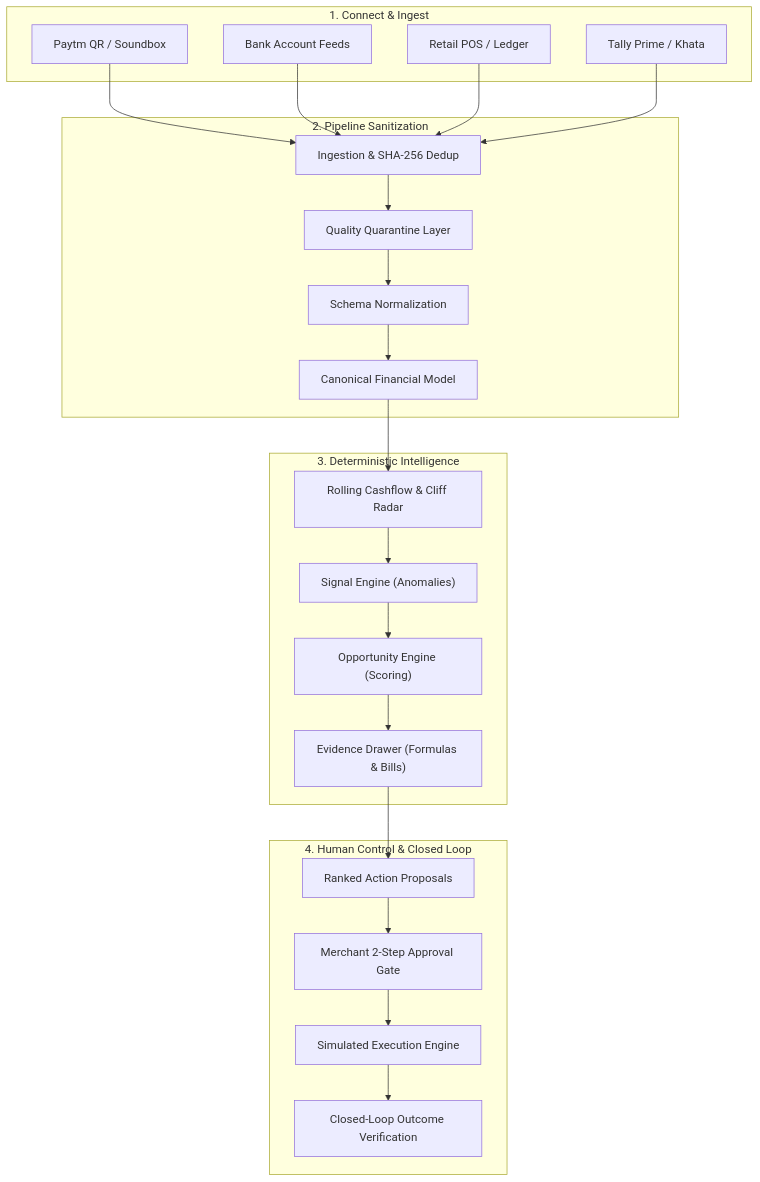
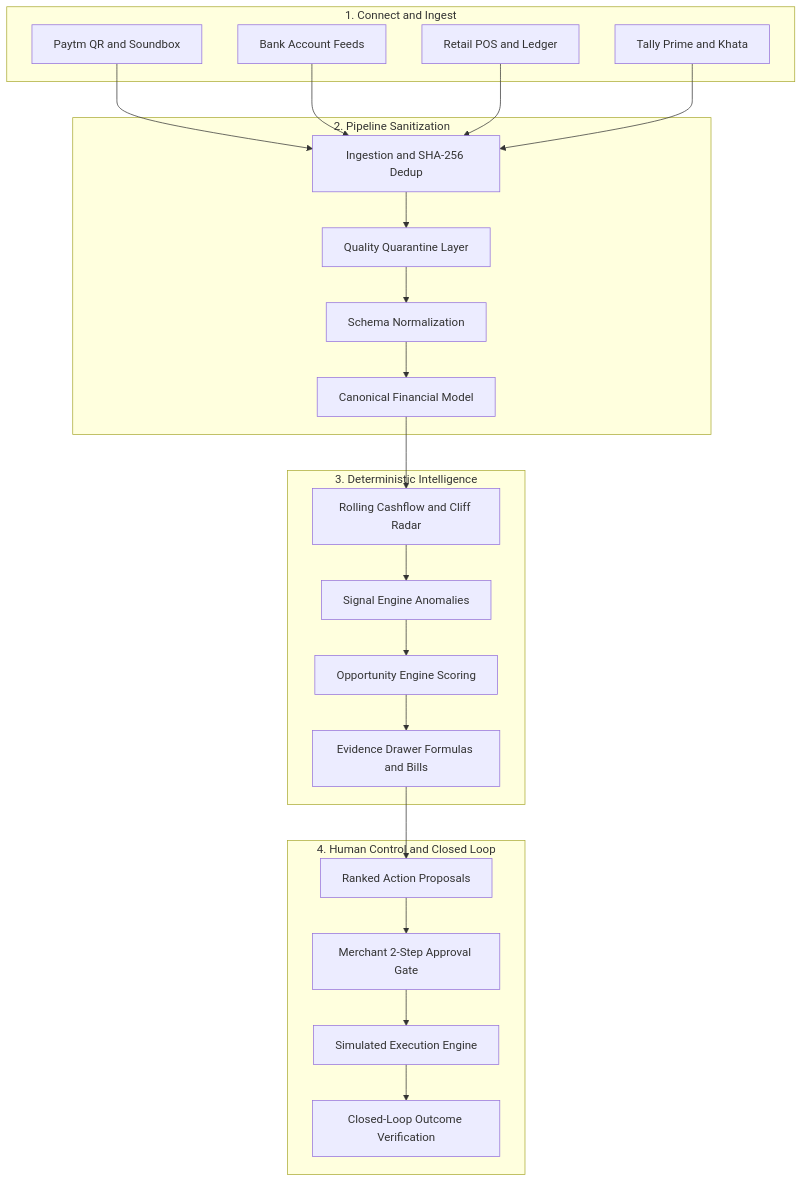
Before and after one commit to webdevpraveen/merchantmind_hacksprint: the first of 4 diagrams in README.md, drawn with Mermaid. The commit also changed other lines of this file, not shown here.

First line of the commit message:
fix(docs): resolve Mermaid rendering in GitHub by using standard graph syntax

````diff
--- a/README.md
+++ b/README.md
@@ -74,46 +74,46 @@
 ```mermaid
-flowchart TD
-    subgraph S1["1. Connect & Ingest"]
-        A["Paytm QR / Soundbox"]
-        B["Bank Account Feeds"]
-        C["Retail POS / Ledger"]
-        D["Tally Prime / Khata"]
+graph TD
+    subgraph Step1 [1. Connect and Ingest]
+        A[Paytm QR and Soundbox]
+        B[Bank Account Feeds]
+        C[Retail POS and Ledger]
+        D[Tally Prime and Khata]
     end
 
-    subgraph S2["2. Pipeline Sanitization"]
-        E["Ingestion & SHA-256 Dedup"]
-        F["Quality Quarantine Layer"]
-        G["Schema Normalization"]
-        H["Canonical Financial Model"]
+    subgraph Step2 [2. Pipeline Sanitization]
+        E[Ingestion and SHA-256 Dedup]
+        F[Quality Quarantine Layer]
+        G[Schema Normalization]
+        H[Canonical Financial Model]
     end
 
-    subgraph S3["3. Deterministic Intelligence"]
-        I["Rolling Cashflow & Cliff Radar"]
-        J["Signal Engine (Anomalies)"]
-        K["Opportunity Engine (Scoring)"]
-        L["Evidence Drawer (Formulas & Bills)"]
+    subgraph Step3 [3. Deterministic Intelligence]
+        I[Rolling Cashflow and Cliff Radar]
+        J[Signal Engine Anomalies]
+        K[Opportunity Engine Scoring]
+        L[Evidence Drawer Formulas and Bills]
     end
 
-    subgraph S4["4. Human Control & Closed Loop"]
-        M["Ranked Action Proposals"]
-        N["Merchant 2-Step Approval Gate"]
-        O["Simulated Execution Engine"]
-        P["Closed-Loop Outcome Verification"]
+    subgraph Step4 [4. Human Control and Closed Loop]
+        M[Ranked Action Proposals]
+        N[Merchant 2-Step Approval Gate]
+        O[Simulated Execution Engine]
+        P[Closed-Loop Outcome Verification]
     end
 
     A --> E
     B --> E
     C --> E
     D --> E
     E --> F
     F --> G
     G --> H
     H --> I
     I --> J
     J --> K
     K --> L
     L --> M
     M --> N
     N --> O
     O --> P
 ```
````
